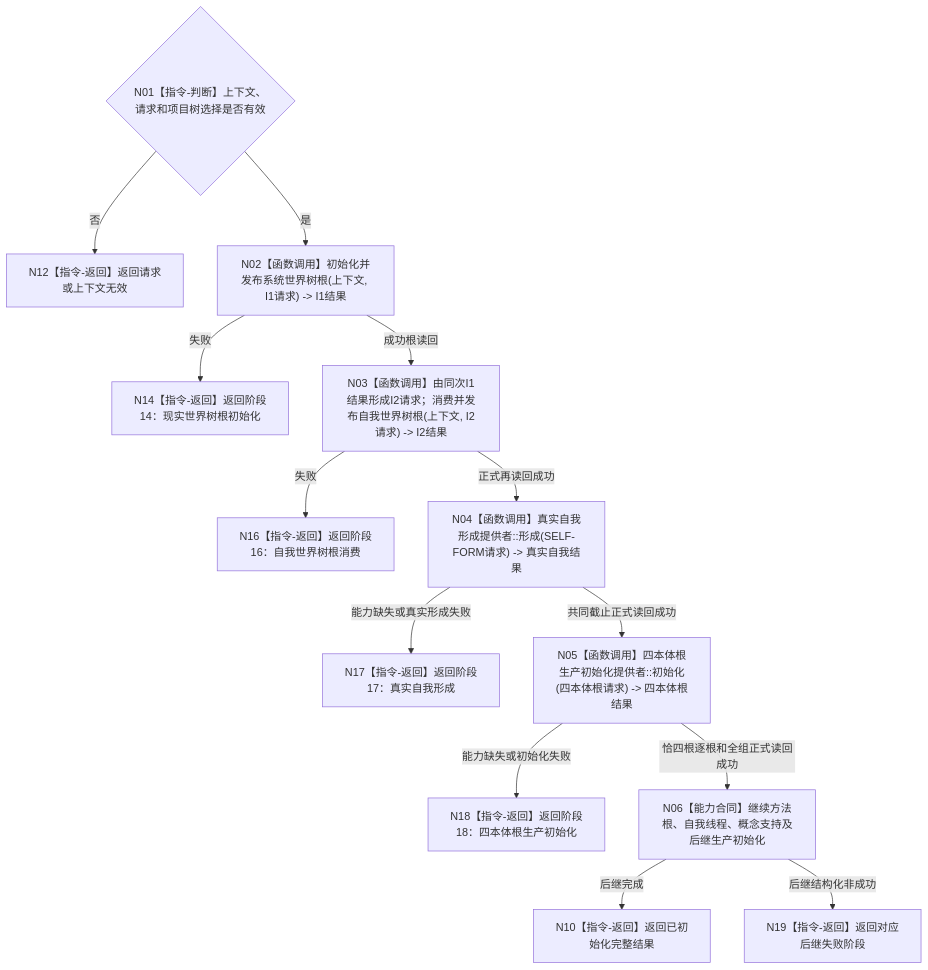
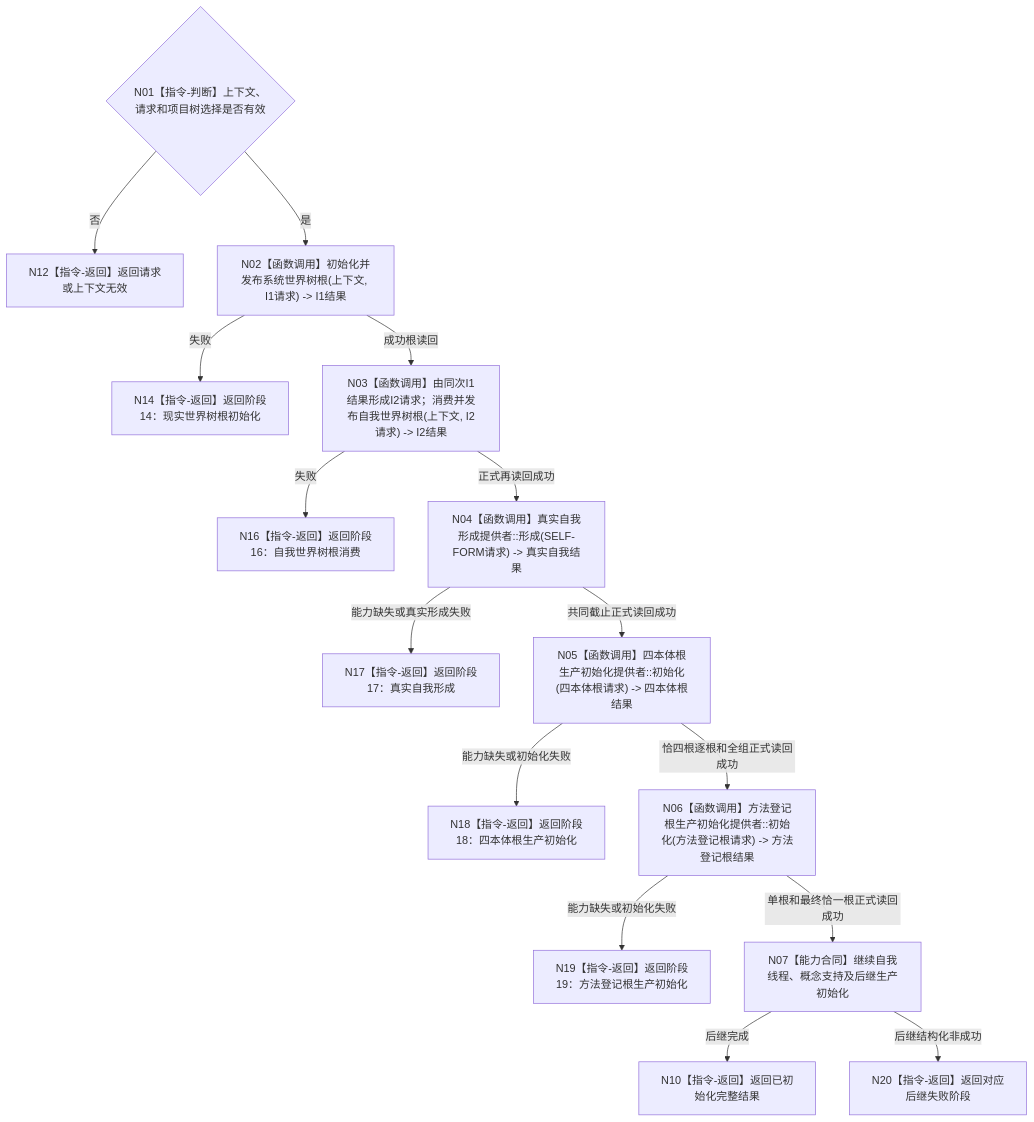
Before and after one commit to chunhaizh-cyber/HY-Ego: the diagram in 流程图/目标业务流程图/L2/BIZ-L2-001-03_初始化普通系统_目标函数流程图_v0.1.md, drawn with Mermaid. The commit also changed other lines of this file and 14 other files, not shown here.

````diff
--- a/流程图/目标业务流程图/L2/BIZ-L2-001-03_初始化普通系统_目标函数流程图_v0.1.md
+++ b/流程图/目标业务流程图/L2/BIZ-L2-001-03_初始化普通系统_目标函数流程图_v0.1.md
@@ -29,15 +29,17 @@
 ```mermaid
 flowchart TD
     N01{"N01【指令-判断】上下文、请求和项目树选择是否有效"} -->|否| N12["N12【指令-返回】返回请求或上下文无效"]
     N01 -->|是| N02["N02【函数调用】初始化并发布系统世界树根(上下文, I1请求) -> I1结果"]
     N02 -->|失败| N14["N14【指令-返回】返回阶段14：现实世界树根初始化"]
     N02 -->|成功根读回| N03["N03【函数调用】由同次I1结果形成I2请求；消费并发布自我世界树根(上下文, I2请求) -> I2结果"]
     N03 -->|失败| N16["N16【指令-返回】返回阶段16：自我世界树根消费"]
     N03 -->|正式再读回成功| N04["N04【函数调用】真实自我形成提供者::形成(SELF-FORM请求) -> 真实自我结果"]
     N04 -->|能力缺失或真实形成失败| N17["N17【指令-返回】返回阶段17：真实自我形成"]
     N04 -->|共同截止正式读回成功| N05["N05【函数调用】四本体根生产初始化提供者::初始化(四本体根请求) -> 四本体根结果"]
     N05 -->|能力缺失或初始化失败| N18["N18【指令-返回】返回阶段18：四本体根生产初始化"]
-    N05 -->|恰四根逐根和全组正式读回成功| N06["N06【能力合同】继续方法根、自我线程、概念支持及后继生产初始化"]
-    N06 -->|后继完成| N10["N10【指令-返回】返回已初始化完整结果"]
-    N06 -->|后继结构化非成功| N19["N19【指令-返回】返回对应后继失败阶段"]
+    N05 -->|恰四根逐根和全组正式读回成功| N06["N06【函数调用】方法登记根生产初始化提供者::初始化(方法登记根请求) -> 方法登记根结果"]
+    N06 -->|能力缺失或初始化失败| N19["N19【指令-返回】返回阶段19：方法登记根生产初始化"]
+    N06 -->|单根和最终恰一根正式读回成功| N07["N07【能力合同】继续自我线程、概念支持及后继生产初始化"]
+    N07 -->|后继完成| N10["N10【指令-返回】返回已初始化完整结果"]
+    N07 -->|后继结构化非成功| N20["N20【指令-返回】返回对应后继失败阶段"]
 ```
````
